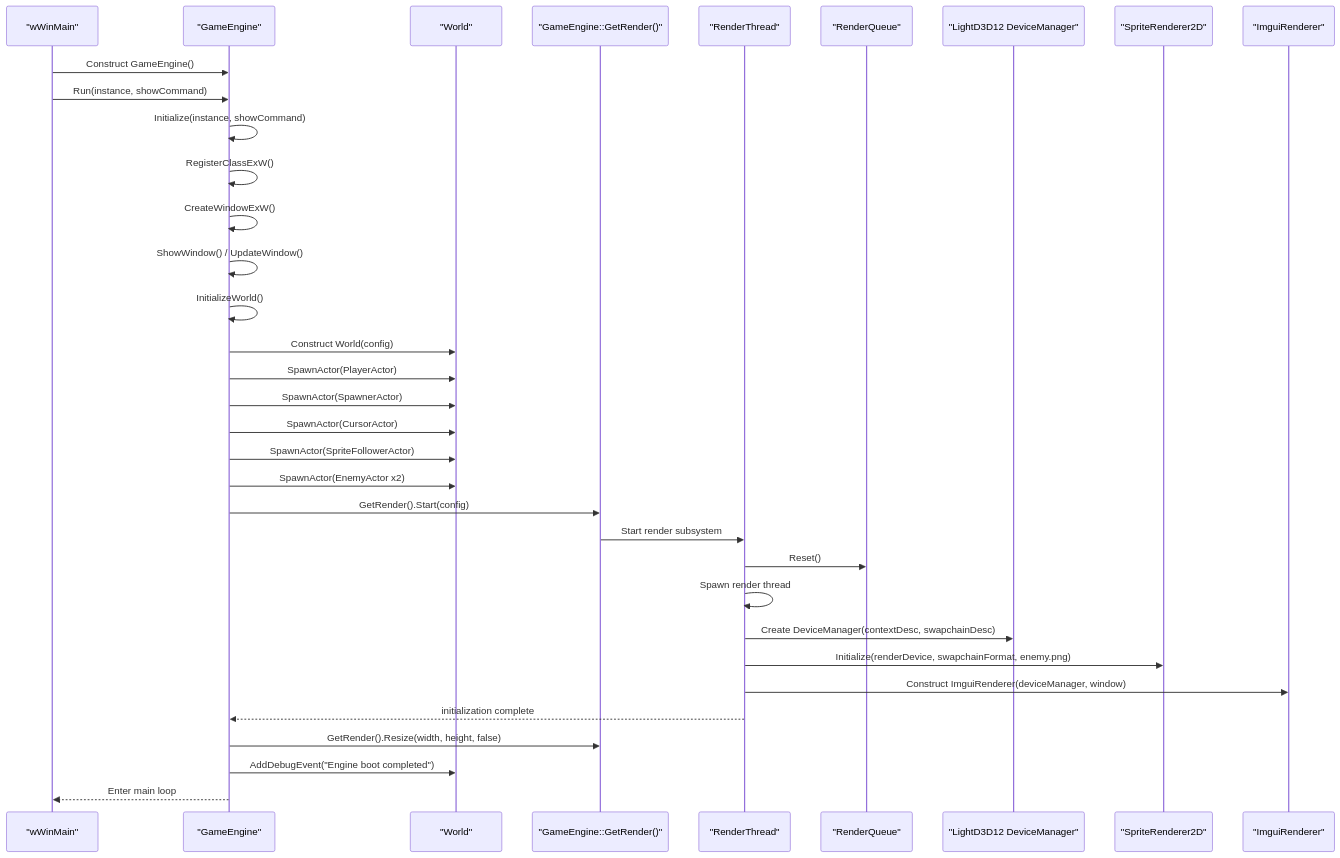
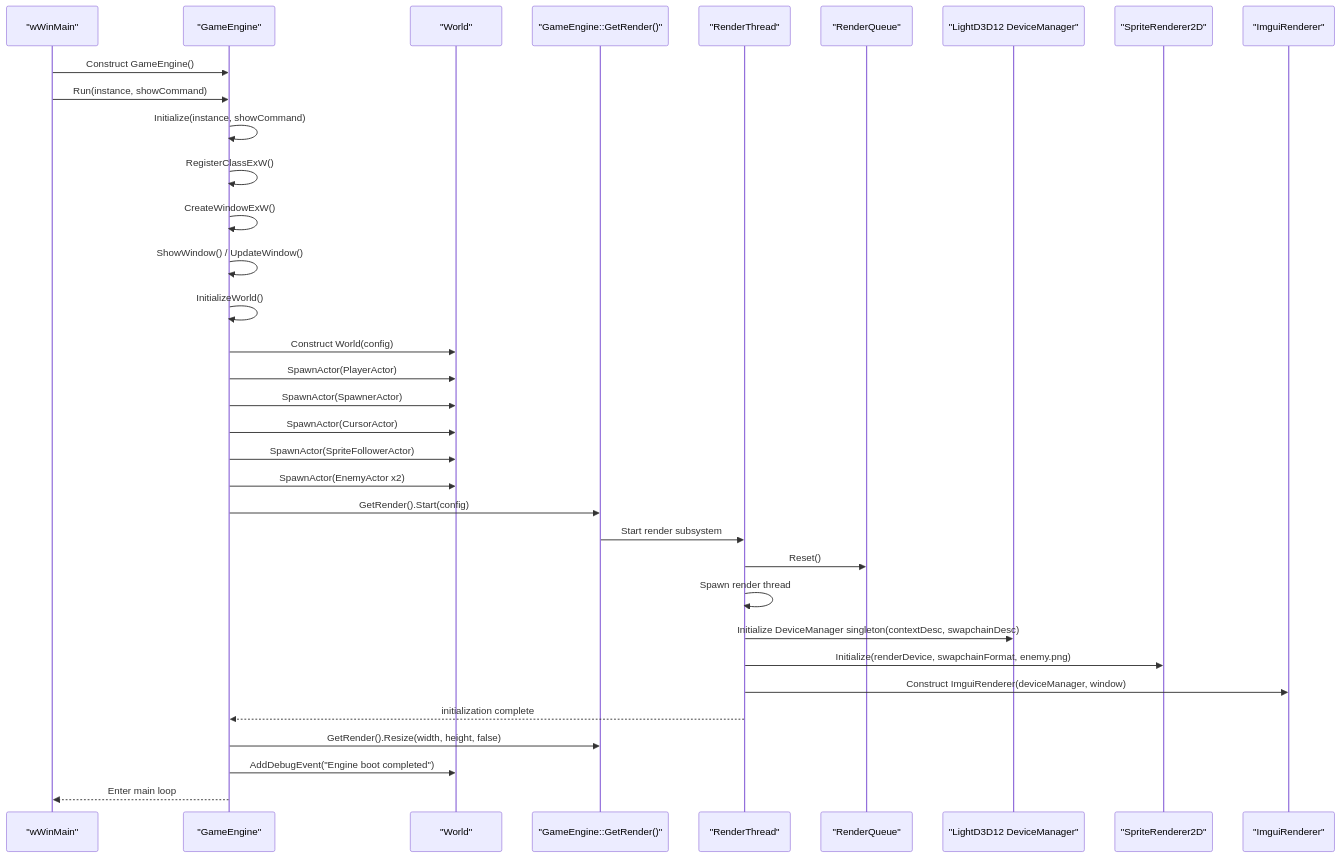
Before and after one commit to IfnityStudio/LightWeightD3D12: the first of 2 diagrams in samples/MiniEngine2D/DesignGameEngine_Frame.md, drawn with Mermaid. The commit also changed other lines of this file and 175 other files, not shown here.

````diff
--- a/samples/MiniEngine2D/DesignGameEngine_Frame.md
+++ b/samples/MiniEngine2D/DesignGameEngine_Frame.md
@@ -3,42 +3,42 @@
 ```mermaid
 sequenceDiagram
     participant Main as "wWinMain"
     participant GE as "GameEngine"
     participant W as "World"
     participant GR as "GameEngine::GetRender()"
     participant RT as "RenderThread"
     participant RQ as "RenderQueue"
     participant RD as "LightD3D12 DeviceManager"
     participant SR as "SpriteRenderer2D"
     participant IG as "ImguiRenderer"
 
     Main->>GE: Construct GameEngine()
     Main->>GE: Run(instance, showCommand)
 
     GE->>GE: Initialize(instance, showCommand)
     GE->>GE: RegisterClassExW()
     GE->>GE: CreateWindowExW()
     GE->>GE: ShowWindow() / UpdateWindow()
 
     GE->>GE: InitializeWorld()
     GE->>W: Construct World(config)
     GE->>W: SpawnActor(PlayerActor)
     GE->>W: SpawnActor(SpawnerActor)
     GE->>W: SpawnActor(CursorActor)
     GE->>W: SpawnActor(SpriteFollowerActor)
     GE->>W: SpawnActor(EnemyActor x2)
 
     GE->>GR: GetRender().Start(config)
     GR->>RT: Start render subsystem
     RT->>RQ: Reset()
     RT->>RT: Spawn render thread
 
-    RT->>RD: Create DeviceManager(contextDesc, swapchainDesc)
+    RT->>RD: Initialize DeviceManager singleton(contextDesc, swapchainDesc)
     RT->>SR: Initialize(renderDevice, swapchainFormat, enemy.png)
     RT->>IG: Construct ImguiRenderer(deviceManager, window)
     RT-->>GE: initialization complete
 
     GE->>GR: GetRender().Resize(width, height, false)
     GE->>W: AddDebugEvent("Engine boot completed")
     GE-->>Main: Enter main loop
 ```
````
